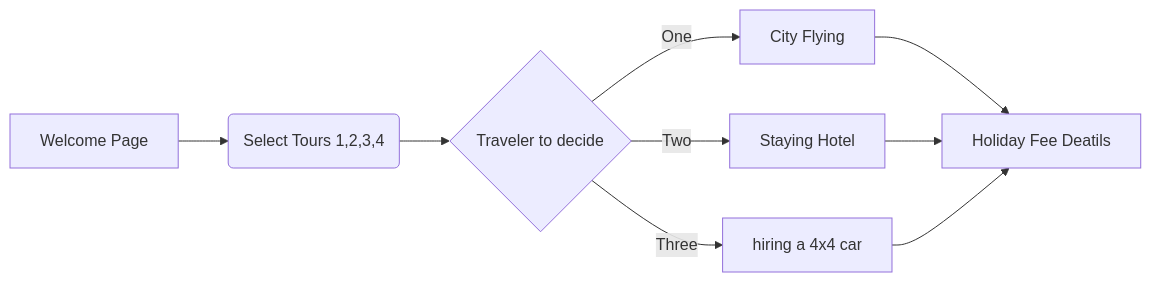
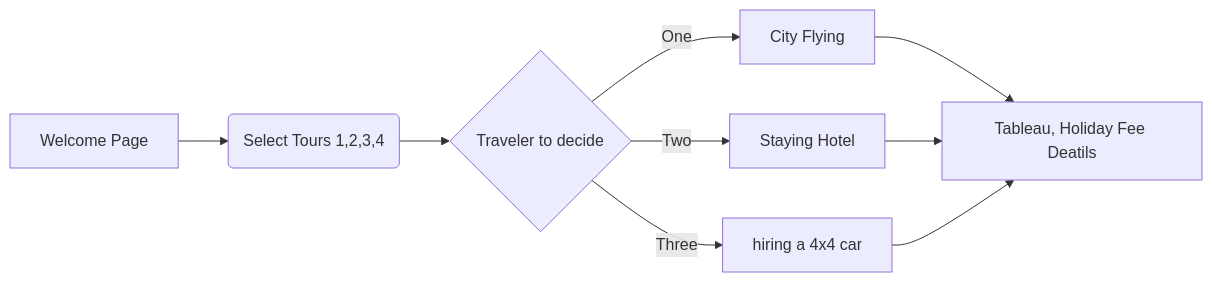
Before and after one commit to Yami3366/hoildayCapstone: the first of 2 diagrams in README.md, drawn with Mermaid.

````diff
--- a/README.md
+++ b/README.md
@@ -6,13 +6,13 @@
 ```mermaid
 graph LR
 A[Welcome Page] -->B(Select Tours 1,2,3,4)
     B --> C{Traveler to decide}
     C -->|One| D[City Flying]
     C -->|Two| E[Staying Hotel]
     C -->|Three| F[hiring a 4x4 car]
-    D -->G[Holiday Fee Deatils]
-    E -->G[Holiday Fee Deatils]
-    F -->G[Holiday Fee Deatils]
+    D -->G[Tableau, Holiday Fee Deatils]
+    E -->G[Tableau, Holiday Fee Deatils]
+    F -->G[Tableau, Holiday Fee Deatils]
  
 
 ```
````
